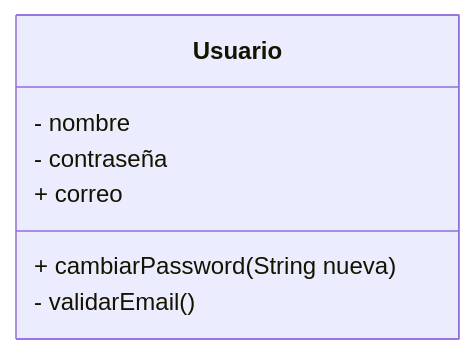
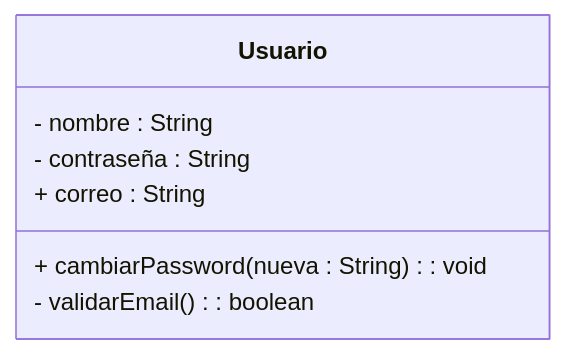
One commit to LastraMigue/6.2.Bateria-de-ejercicios changed the first of 2 diagrams in README.md. Above: the diagram before and after it, drawn with Mermaid. The commit also changed other lines of this file, not shown here.

````diff
--- a/README.md
+++ b/README.md
@@ -5,11 +5,11 @@
 ```mermaid
 classDiagram
 direction TB
     class Usuario {
-        - nombre
-        - contraseña
-        + correo
-        + cambiarPassword(String nueva)
-        - validarEmail()
+        - nombre : String
+        - contraseña : String
+        + correo : String
+        + cambiarPassword(nueva : String) : void
+        - validarEmail() : boolean
     }
 ```
````
